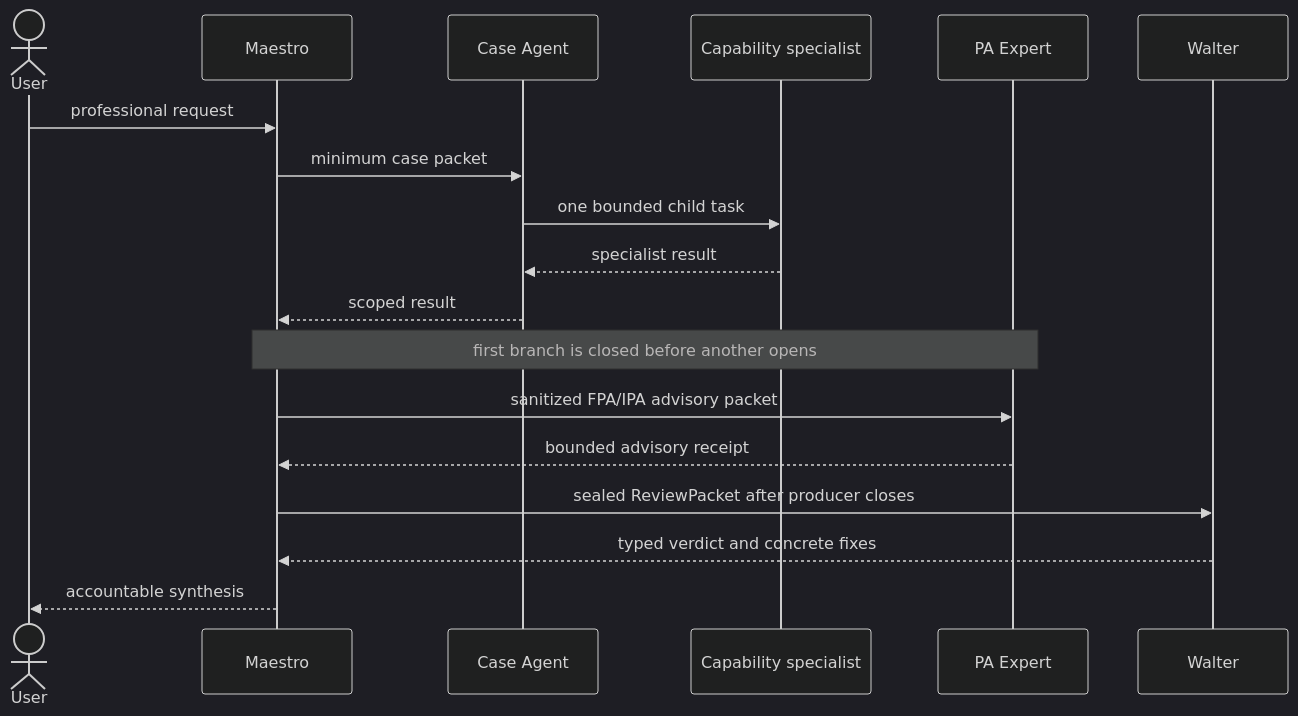
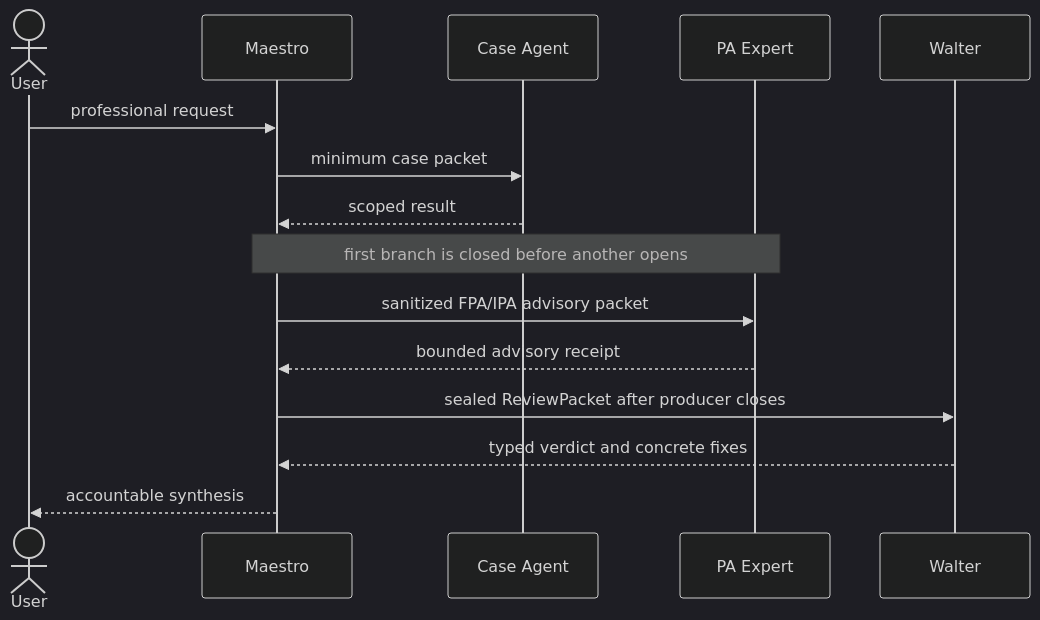
Before and after one commit to agentic-os-brasil/bcg-brasil-agentic-os: the second of 3 diagrams in specs/018-maestro-core-agents.md, drawn with Mermaid (dark theme). The commit also changed other lines of this file and 46 other files, not shown here.

Commit message:
feat(darwin): wire native maintenance and governed flow

````diff
--- a/specs/018-maestro-core-agents.md
+++ b/specs/018-maestro-core-agents.md
@@ -110,21 +109,18 @@
 ```mermaid
 sequenceDiagram
     actor User
     participant Maestro
     participant Case as Case Agent
-    participant Capability as Capability specialist
     participant PAExpert as PA Expert
     participant Walter
 
     User->>Maestro: professional request
     Maestro->>Case: minimum case packet
-    Case->>Capability: one bounded child task
-    Capability-->>Case: specialist result
     Case-->>Maestro: scoped result
     Note over Maestro,PAExpert: first branch is closed before another opens
     Maestro->>PAExpert: sanitized FPA/IPA advisory packet
     PAExpert-->>Maestro: bounded advisory receipt
     Maestro->>Walter: sealed ReviewPacket after producer closes
     Walter-->>Maestro: typed verdict and concrete fixes
     Maestro-->>User: accountable synthesis
 ```
````
